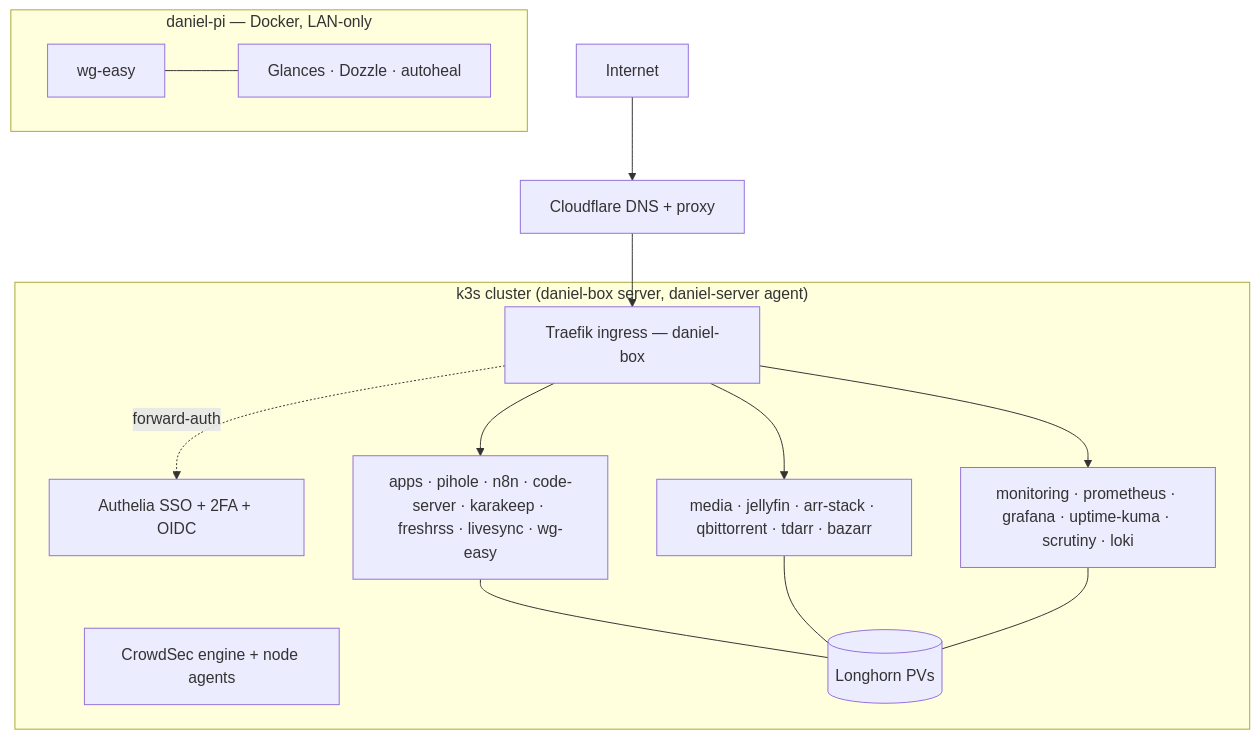
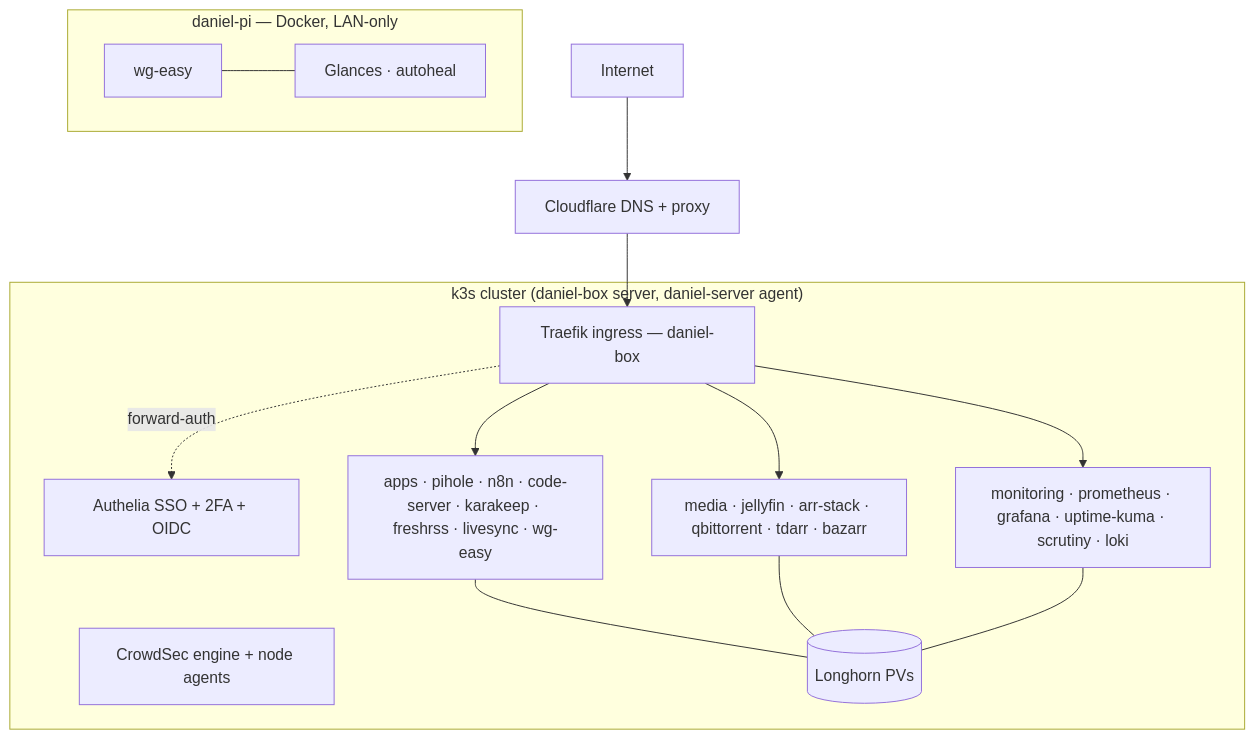
Before and after one commit to DanielH2018/server: the diagram in README.md, drawn with Mermaid. The commit also changed other lines of this file and 22 other files, not shown here.

````diff
--- a/README.md
+++ b/README.md
@@ -64,27 +64,27 @@
 ```mermaid
 flowchart TD
     net[Internet] --> cf[Cloudflare DNS + proxy]
     cf --> traefik[Traefik ingress — daniel-box]
     traefik -. forward-auth .-> authelia[Authelia SSO + 2FA + OIDC]
 
     subgraph cluster["k3s cluster (daniel-box server, daniel-server agent)"]
       traefik
       authelia
       crowdsec[CrowdSec engine + node agents]
       apps["apps · pihole · n8n · code-server · karakeep · freshrss · livesync · wg-easy"]
       media["media · jellyfin · arr-stack · qbittorrent · tdarr · bazarr"]
       monitoring["monitoring · prometheus · grafana · uptime-kuma · scrutiny · loki"]
       longhorn[(Longhorn PVs)]
     end
 
     traefik --> apps
     traefik --> media
     traefik --> monitoring
     apps --- longhorn
     media --- longhorn
     monitoring --- longhorn
 
     subgraph pi["daniel-pi — Docker, LAN-only"]
-      wg[wg-easy] --- glances[Glances · Dozzle · autoheal]
+      wg[wg-easy] --- glances[Glances · autoheal]
     end
 ```
````
